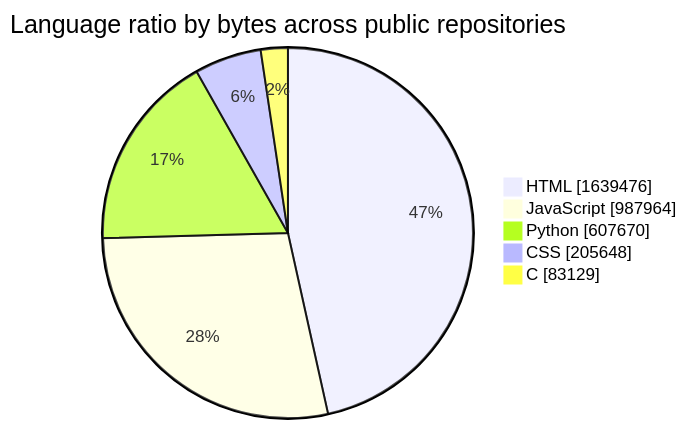
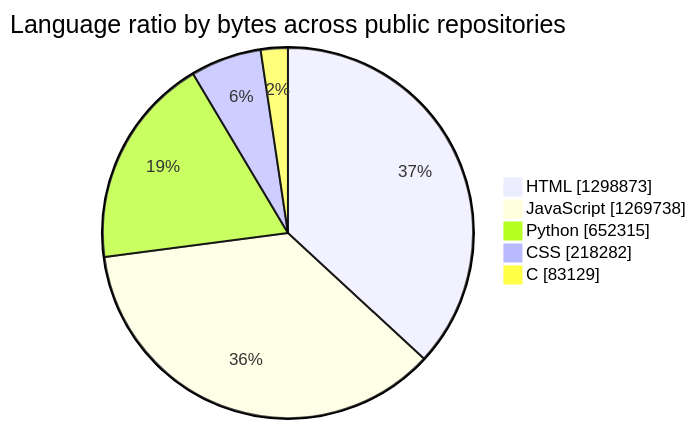
The first of 2 diagrams in README.md (tchinso/tchinso), drawn with Mermaid before and after one commit. The commit also changed other lines of this file, not shown here.

````diff
--- a/README.md
+++ b/README.md
@@ -24,9 +24,9 @@
 ```mermaid
 pie showData
     title Language ratio by bytes across public repositories
-    "HTML" : 1639476
-    "JavaScript" : 987964
-    "Python" : 607670
-    "CSS" : 205648
+    "HTML" : 1298873
+    "JavaScript" : 1269738
+    "Python" : 652315
+    "CSS" : 218282
     "C" : 83129
 ```
````
